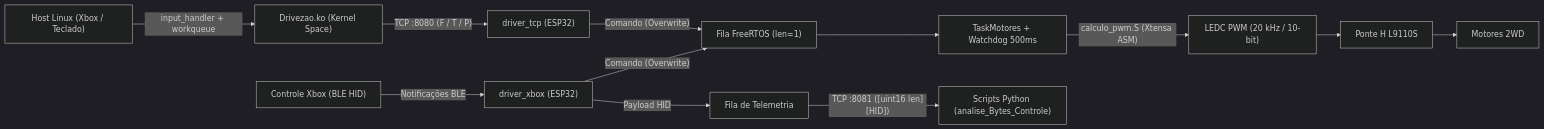
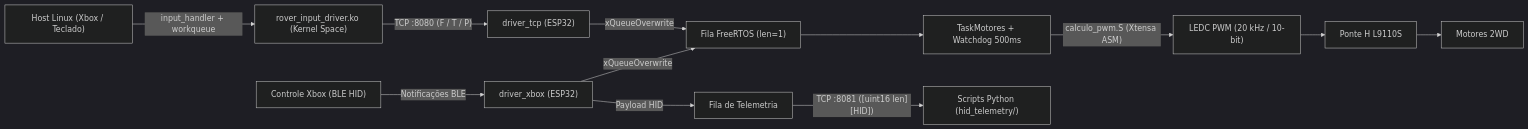
The diagram in README.md (RafaelGomes8994/projeto-ihs-esp32), drawn with Mermaid (dark theme) before and after one commit. The commit also changed other lines of this file and 8 other files, not shown here.

````diff
--- a/README.md
+++ b/README.md
@@ -48,15 +22,15 @@
 ```mermaid
 flowchart LR
     Xbox["Controle Xbox (BLE HID)"] -->|"Notificações BLE"| ESP_BLE["driver_xbox (ESP32)"]
-    Host["Host Linux (Xbox / Teclado)"] -->|"input_handler + workqueue"| LKM["Drivezao.ko (Kernel Space)"]
+    Host["Host Linux (Xbox / Teclado)"] -->|"input_handler + workqueue"| LKM["rover_input_driver.ko (Kernel Space)"]
     LKM -->|"TCP :8080 (F / T / P)"| ESP_TCP["driver_tcp (ESP32)"]
 
-    ESP_BLE -->|"Comando (Overwrite)"| Queue["Fila FreeRTOS (len=1)"]
-    ESP_TCP -->|"Comando (Overwrite)"| Queue
+    ESP_BLE -->|"xQueueOverwrite"| Queue["Fila FreeRTOS (len=1)"]
+    ESP_TCP -->|"xQueueOverwrite"| Queue
     Queue --> TaskM["TaskMotores + Watchdog 500ms"]
     TaskM -->|"calculo_pwm.S (Xtensa ASM)"| PWM["LEDC PWM (20 kHz / 10-bit)"]
     PWM --> HBridge["Ponte H L9110S"] --> Motors["Motores 2WD"]
 
     ESP_BLE -->|"Payload HID"| TQueue["Fila de Telemetria"]
-    TQueue -->|"TCP :8081 ([uint16 len][HID])"| Py["Scripts Python (analise_Bytes_Controle)"]
+    TQueue -->|"TCP :8081 ([uint16 len][HID])"| Py["Scripts Python (hid_telemetry/)"]
 ```
````
